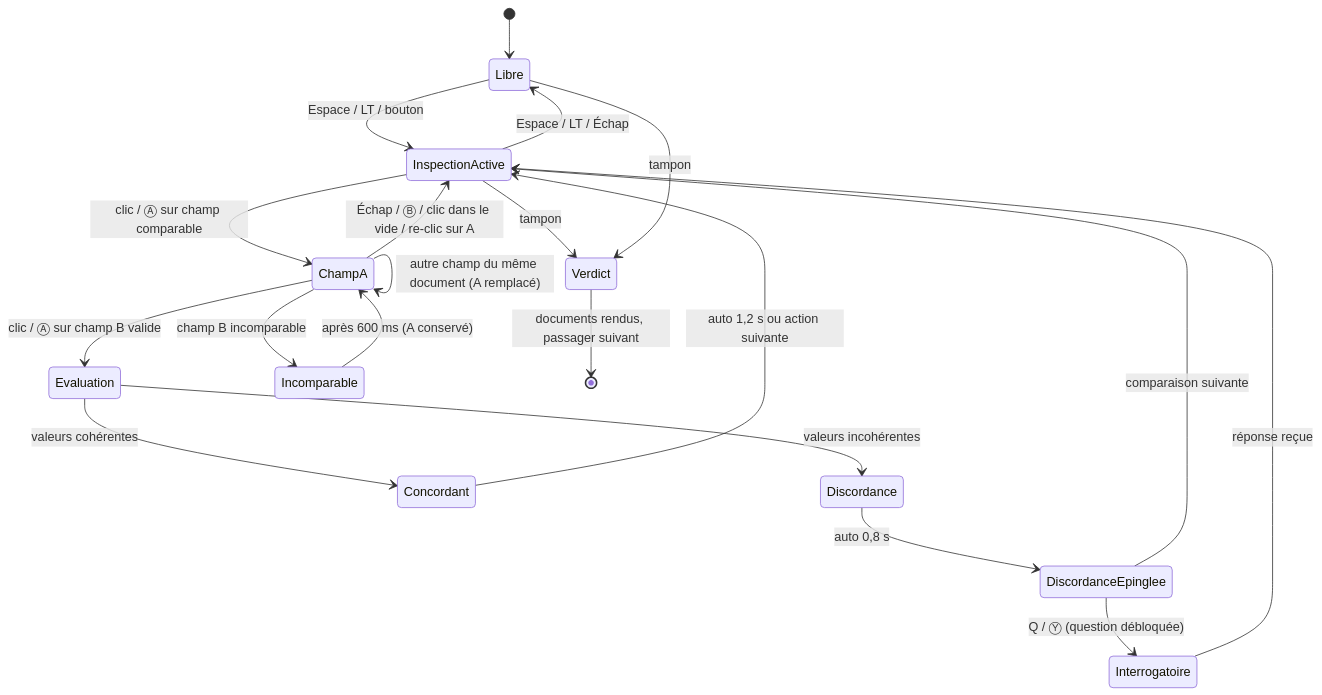
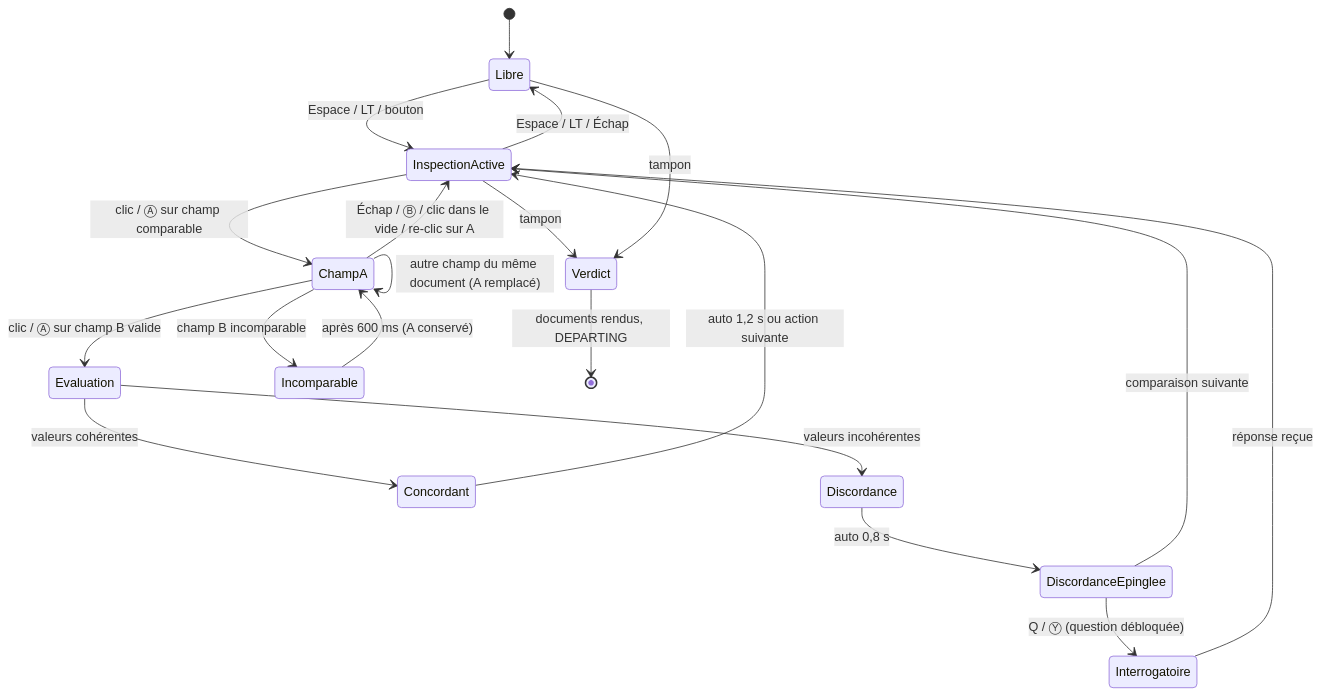
Before and after one commit to fs0ciety7000/clearance: the second of 3 diagrams in docs/UI_FLOW.md, drawn with Mermaid. The commit also changed other lines of this file and 4 other files, not shown here.

````diff
--- a/docs/UI_FLOW.md
+++ b/docs/UI_FLOW.md
@@ -125,22 +131,22 @@
 ```mermaid
 stateDiagram-v2
     [*] --> Libre
     Libre --> InspectionActive : Espace / LT / bouton
     InspectionActive --> Libre : Espace / LT / Échap
     InspectionActive --> ChampA : clic / Ⓐ sur champ comparable
     ChampA --> InspectionActive : Échap / Ⓑ / clic dans le vide / re-clic sur A
     ChampA --> ChampA : autre champ du même document (A remplacé)
     ChampA --> Evaluation : clic / Ⓐ sur champ B valide
     ChampA --> Incomparable : champ B incomparable
     Incomparable --> ChampA : après 600 ms (A conservé)
     Evaluation --> Concordant : valeurs cohérentes
     Evaluation --> Discordance : valeurs incohérentes
     Concordant --> InspectionActive : auto 1,2 s ou action suivante
     Discordance --> DiscordanceEpinglee : auto 0,8 s
     DiscordanceEpinglee --> InspectionActive : comparaison suivante
     DiscordanceEpinglee --> Interrogatoire : Q / Ⓨ (question débloquée)
     Interrogatoire --> InspectionActive : réponse reçue
     InspectionActive --> Verdict : tampon
     Libre --> Verdict : tampon
-    Verdict --> [*] : documents rendus, passager suivant
+    Verdict --> [*] : documents rendus, DEPARTING
 ```
````
